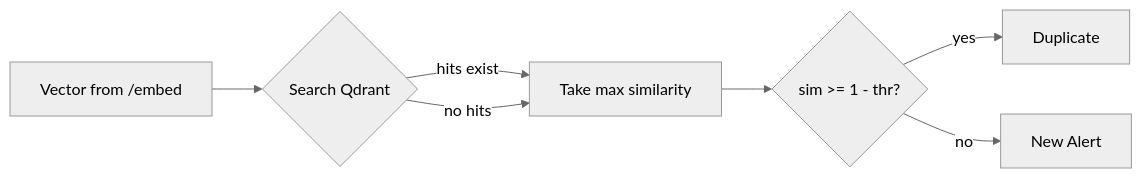
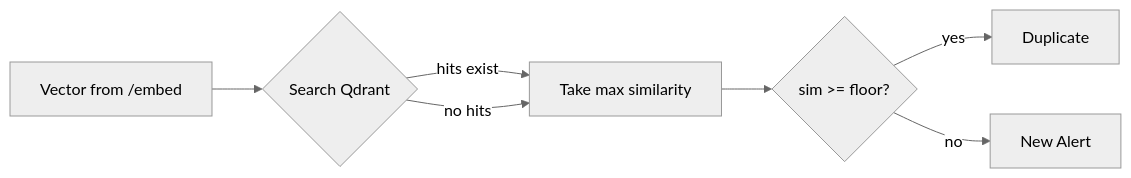
Before and after one commit to chernistry/phishradar: the third of 4 diagrams in docs/FLOW.md, drawn with Mermaid (neutral theme). The commit also changed other lines of this file and 1 other file, not shown here.

First line of the commit message:
Enhance FLOW.md documentation and remove outdated ops.md file

````diff
--- a/docs/FLOW.md
+++ b/docs/FLOW.md
@@ -61,9 +71,9 @@
 ```mermaid
 flowchart LR
   A[Vector from /embed] --> B{Search Qdrant}
   B -->|hits exist| C[Take max similarity]
   B -->|no hits| C
-  C --> D{sim >= 1 - thr?}
+  C --> D{sim >= floor?}
   D -->|yes| DUP[Duplicate]
   D -->|no| NEW[New Alert]
 ```
````
